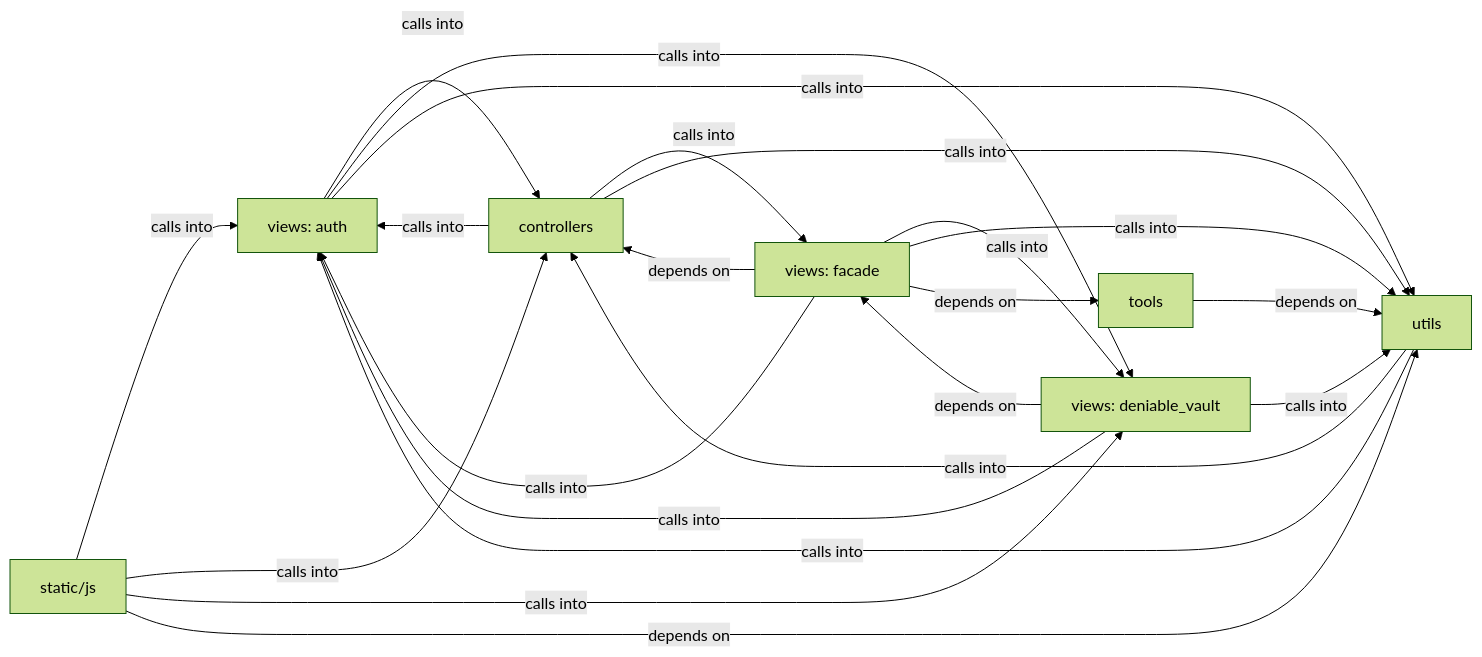
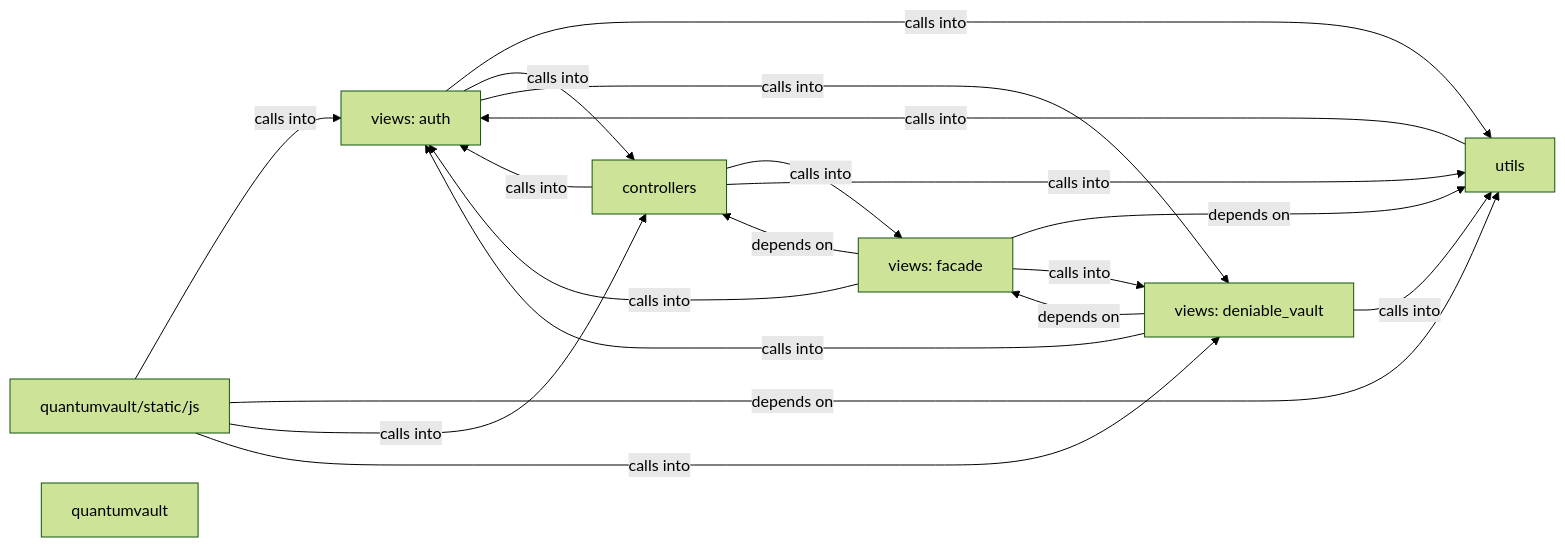
The diagram in readmenator-diagrams/overview.md (grisuno/QuantumVault), drawn with Mermaid (forest theme) before and after one commit. The commit also changed other lines of this file and 275 other files, not shown here.

````diff
--- a/readmenator-diagrams/overview.md
+++ b/readmenator-diagrams/overview.md
@@ -1,36 +1,33 @@
 ```mermaid
 graph LR
     views_auth["views: auth"]
     views_facade["views: facade"]
-    static_js["static/js"]
+    utils["utils"]
+    quantumvault_static_js["quantumvault/static/js"]
     controllers["controllers"]
     views_deniable_vault["views: deniable_vault"]
-    utils["utils"]
-    tools["tools"]
+    quantumvault["quantumvault"]
+    views_auth -- "calls into" --> utils
     views_auth -- "calls into" --> controllers
     views_auth -- "calls into" --> views_deniable_vault
-    views_auth -- "calls into" --> utils
     views_facade -- "calls into" --> views_auth
+    views_facade -- "depends on" --> utils
     views_facade -- "depends on" --> controllers
     views_facade -- "calls into" --> views_deniable_vault
-    views_facade -- "calls into" --> utils
-    views_facade -- "depends on" --> tools
-    static_js -- "calls into" --> views_auth
-    static_js -- "calls into" --> controllers
-    static_js -- "calls into" --> views_deniable_vault
-    static_js -- "depends on" --> utils
+    utils -- "calls into" --> views_auth
+    quantumvault_static_js -- "calls into" --> views_auth
+    quantumvault_static_js -- "depends on" --> utils
+    quantumvault_static_js -- "calls into" --> controllers
+    quantumvault_static_js -- "calls into" --> views_deniable_vault
     controllers -- "calls into" --> views_auth
     controllers -- "calls into" --> views_facade
     controllers -- "calls into" --> utils
     views_deniable_vault -- "calls into" --> views_auth
     views_deniable_vault -- "depends on" --> views_facade
     views_deniable_vault -- "calls into" --> utils
-    utils -- "calls into" --> views_auth
-    utils -- "calls into" --> controllers
-    tools -- "depends on" --> utils
     click views_auth href "./views_auth.md" "Details"
     click views_facade href "./views_facade.md" "Details"
+    click utils href "./utils.md" "Details"
     click controllers href "./controllers.md" "Details"
     click views_deniable_vault href "./views_deniable_vault.md" "Details"
-    click utils href "./utils.md" "Details"
 ```
````
